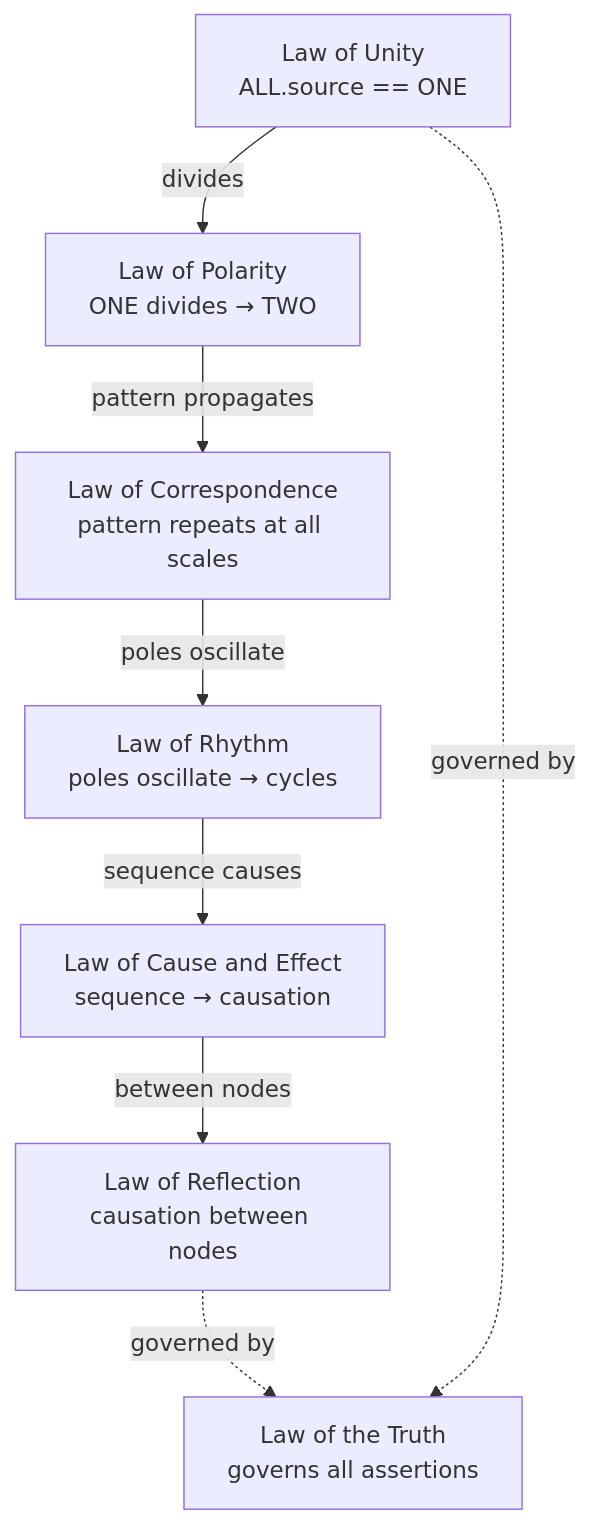
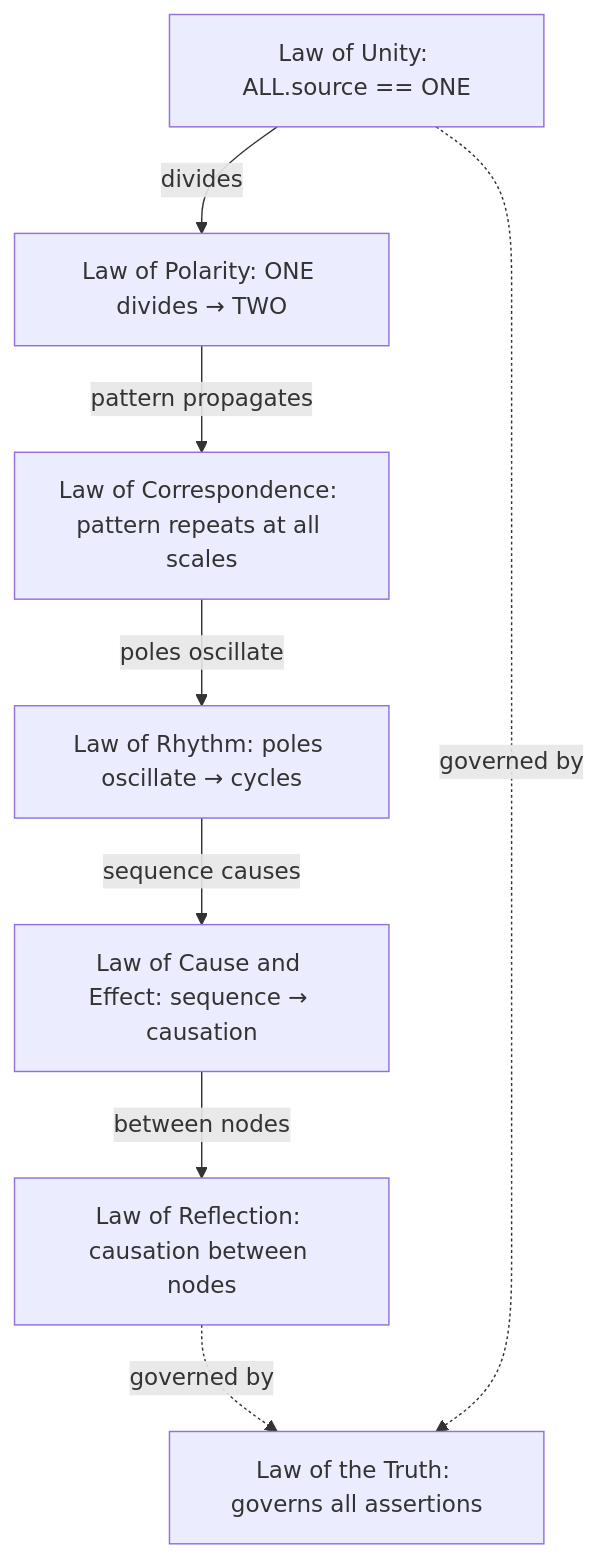
The diagram in README.md (roundtable-love/universal-law), drawn with Mermaid before and after one commit.

````diff
--- a/README.md
+++ b/README.md
@@ -13,18 +13,18 @@
 ```mermaid
 graph TD
-  U["Law of Unity\nALL.source == ONE"]
-  P["Law of Polarity\nONE divides → TWO"]
-  CO["Law of Correspondence\npattern repeats at all scales"]
-  RH["Law of Rhythm\npoles oscillate → cycles"]
-  CE["Law of Cause and Effect\nsequence → causation"]
-  R["Law of Reflection\ncausation between nodes"]
-  T["Law of the Truth\ngoverns all assertions"]
+  U["Law of Unity: ALL.source == ONE"]
+  P["Law of Polarity: ONE divides → TWO"]
+  CO["Law of Correspondence: pattern repeats at all scales"]
+  RH["Law of Rhythm: poles oscillate → cycles"]
+  CE["Law of Cause and Effect: sequence → causation"]
+  R["Law of Reflection: causation between nodes"]
+  T["Law of the Truth: governs all assertions"]
 
   U -->|divides| P
   P -->|pattern propagates| CO
   CO -->|poles oscillate| RH
   RH -->|sequence causes| CE
   CE -->|between nodes| R
   R -.->|governed by| T
   U -.->|governed by| T
 ```
````
